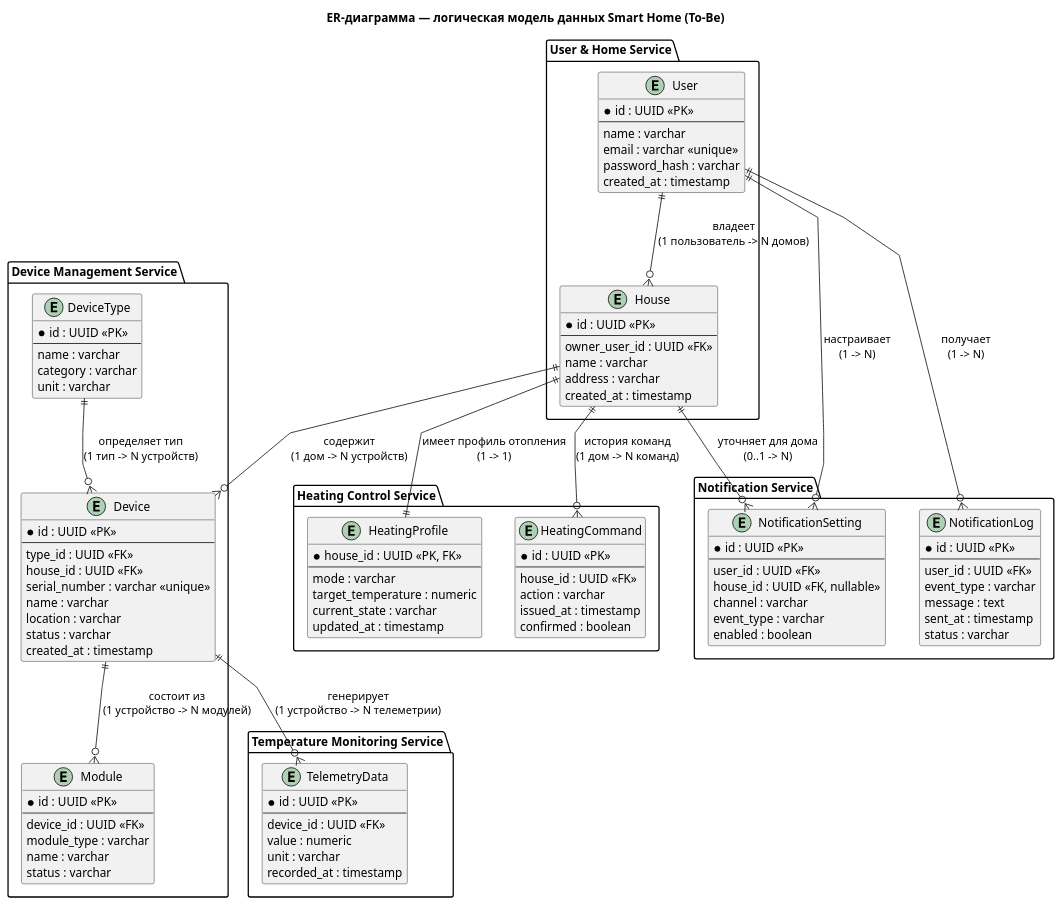
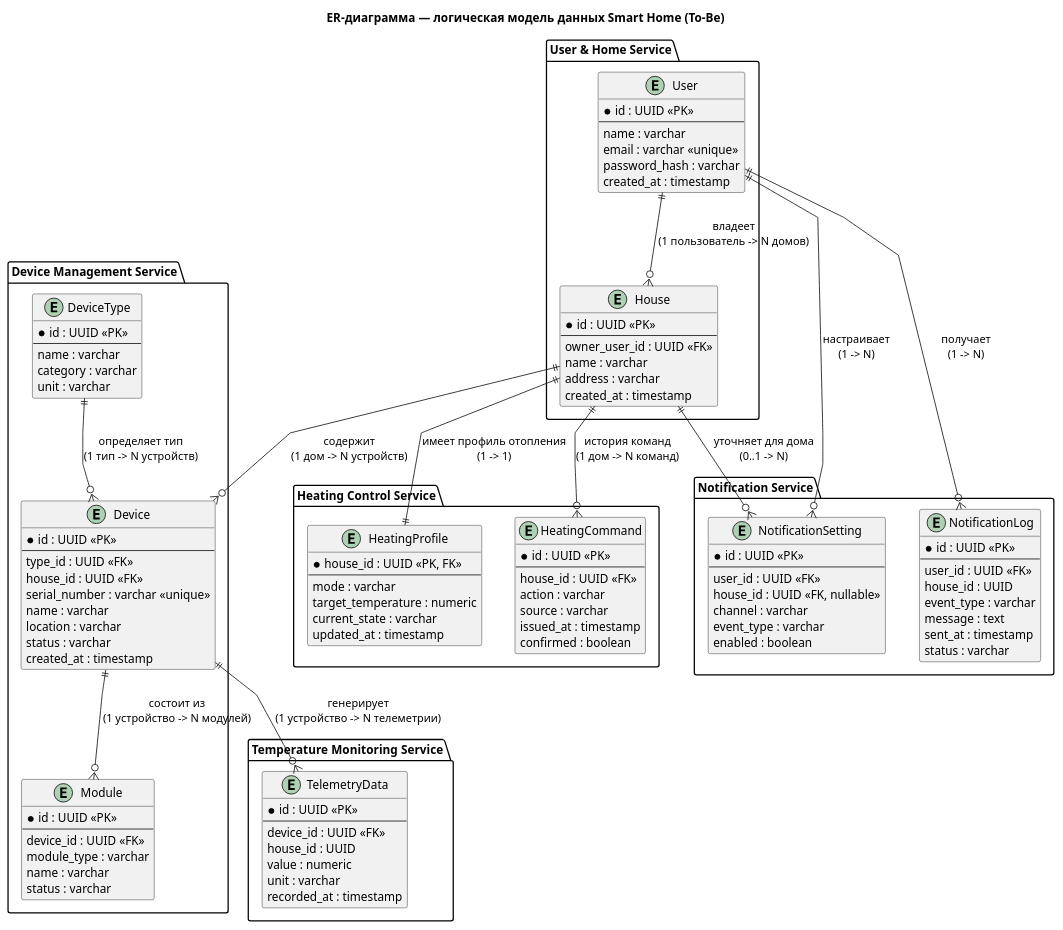
The diagram in docs/er/er-diagram.puml (hakob-papazian/architecture-warmhouse.), drawn with PlantUML before and after one commit. The commit also changed 9 other files, not shown here.

First line of the commit message:
Task 3 follow-up: implement Module, reconcile ER diagram with real schema

```diff
--- a/docs/er/er-diagram.puml
+++ b/docs/er/er-diagram.puml
@@ -1,123 +1,126 @@
 @startuml ER
 title ER-диаграмма — логическая модель данных Smart Home (To-Be)
 
 skinparam linetype polyline
 skinparam nodesep 40
 skinparam ranksep 60
 
 package "User & Home Service" {
   entity "User" as user {
     * id : UUID <<PK>>
     --
     name : varchar
     email : varchar <<unique>>
     password_hash : varchar
     created_at : timestamp
   }
 
   entity "House" as house {
     * id : UUID <<PK>>
     --
     owner_user_id : UUID <<FK>>
     name : varchar
     address : varchar
     created_at : timestamp
   }
 }
 
 package "Device Management Service" {
   entity "DeviceType" as deviceType {
     * id : UUID <<PK>>
     --
     name : varchar
     category : varchar
     unit : varchar
   }
 
   entity "Device" as device {
     * id : UUID <<PK>>
     --
     type_id : UUID <<FK>>
     house_id : UUID <<FK>>
     serial_number : varchar <<unique>>
     name : varchar
     location : varchar
     status : varchar
     created_at : timestamp
   }
 
   entity "Module" as module {
     * id : UUID <<PK>>
     --
     device_id : UUID <<FK>>
     module_type : varchar
     name : varchar
     status : varchar
   }
 }
 
 package "Temperature Monitoring Service" {
   entity "TelemetryData" as telemetry {
     * id : UUID <<PK>>
     --
     device_id : UUID <<FK>>
+    house_id : UUID
     value : numeric
     unit : varchar
     recorded_at : timestamp
   }
 }
 
 package "Heating Control Service" {
   entity "HeatingProfile" as heatingProfile {
     * house_id : UUID <<PK, FK>>
     --
     mode : varchar
     target_temperature : numeric
     current_state : varchar
     updated_at : timestamp
   }
 
   entity "HeatingCommand" as heatingCommand {
     * id : UUID <<PK>>
     --
     house_id : UUID <<FK>>
     action : varchar
+    source : varchar
     issued_at : timestamp
     confirmed : boolean
   }
 }
 
 package "Notification Service" {
   entity "NotificationSetting" as notifSetting {
     * id : UUID <<PK>>
     --
     user_id : UUID <<FK>>
     house_id : UUID <<FK, nullable>>
     channel : varchar
     event_type : varchar
     enabled : boolean
   }
 
   entity "NotificationLog" as notifLog {
     * id : UUID <<PK>>
     --
     user_id : UUID <<FK>>
+    house_id : UUID
     event_type : varchar
     message : text
     sent_at : timestamp
     status : varchar
   }
 }
 
 user ||--o{ house : "владеет\n(1 пользователь -> N домов)"
 house ||--o{ device : "содержит\n(1 дом -> N устройств)"
 deviceType ||--o{ device : "определяет тип\n(1 тип -> N устройств)"
 device ||--o{ module : "состоит из\n(1 устройство -> N модулей)"
 device ||--o{ telemetry : "генерирует\n(1 устройство -> N телеметрии)"
 house ||--|| heatingProfile : "имеет профиль отопления\n(1 -> 1)"
 house ||--o{ heatingCommand : "история команд\n(1 дом -> N команд)"
 user ||--o{ notifSetting : "настраивает\n(1 -> N)"
 house ||--o{ notifSetting : "уточняет для дома\n(0..1 -> N)"
 user ||--o{ notifLog : "получает\n(1 -> N)"
 
 @enduml
```
